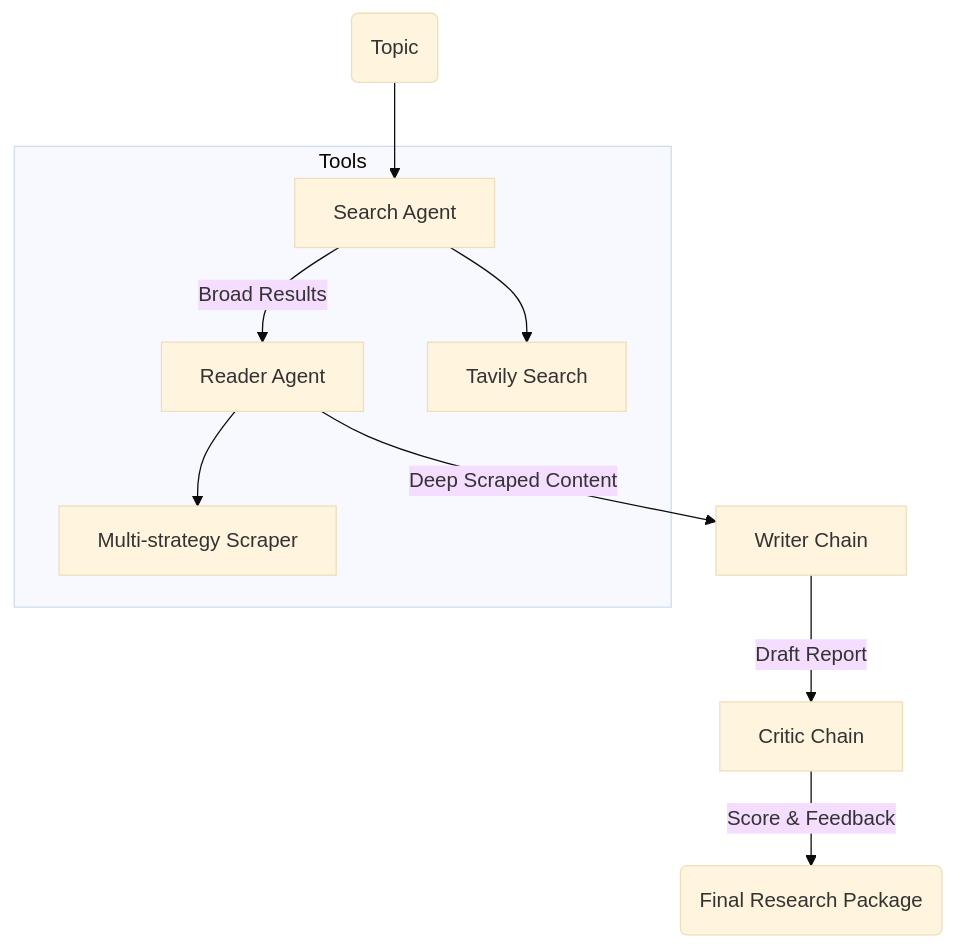
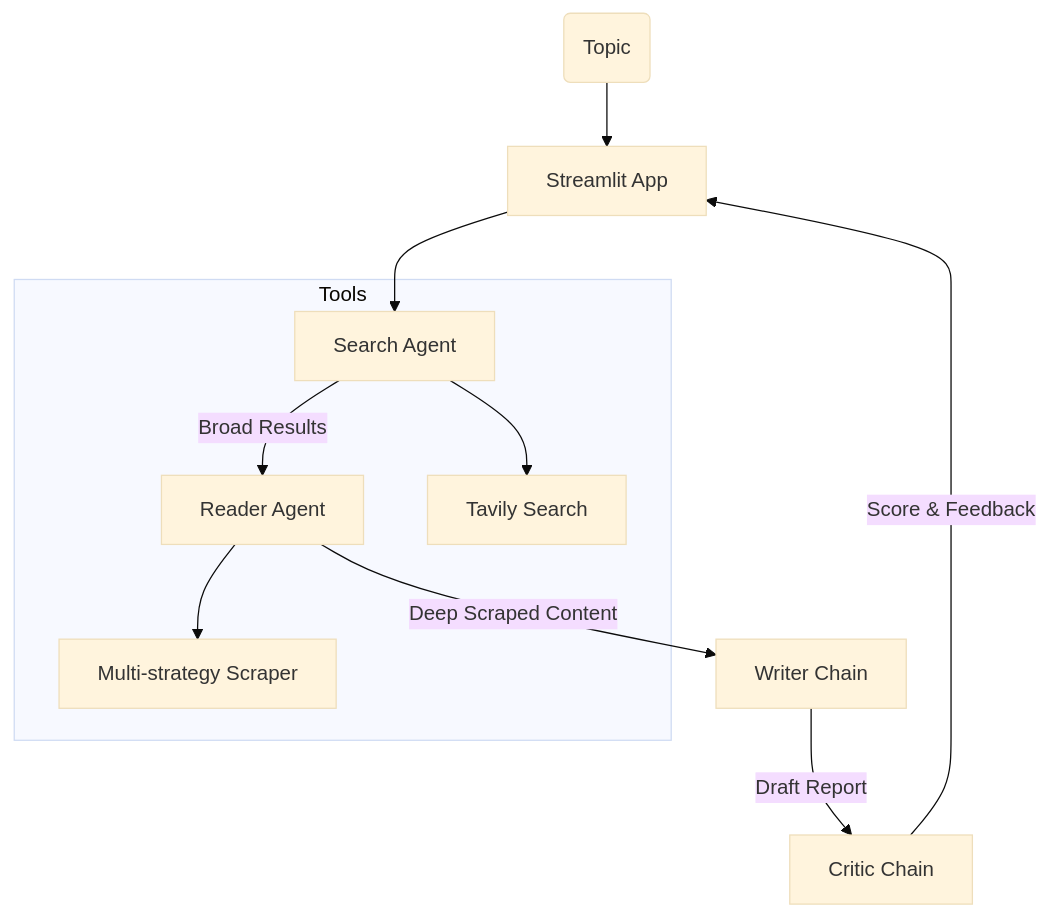
Before and after one commit to sagarjhha/LangChain-Multi-Agent-Research-System: the diagram in README.md, drawn with Mermaid (base theme). The commit also changed other lines of this file, not shown here.

````diff
--- a/README.md
+++ b/README.md
@@ -34,13 +37,14 @@
 ```mermaid
 graph TD
-    Start(Topic) --> SA[Search Agent]
+    Start(Topic) --> UI[Streamlit App]
+    UI --> SA[Search Agent]
     SA --> |Broad Results| RA[Reader Agent]
     RA --> |Deep Scraped Content| WC[Writer Chain]
     WC --> |Draft Report| CC[Critic Chain]
-    CC --> |Score & Feedback| End(Final Research Package)
+    CC --> |Score & Feedback| UI
     
     subgraph Tools
         SA --> ToolS[Tavily Search]
         RA --> ToolSc[Multi-strategy Scraper]
     end
 ```
````
